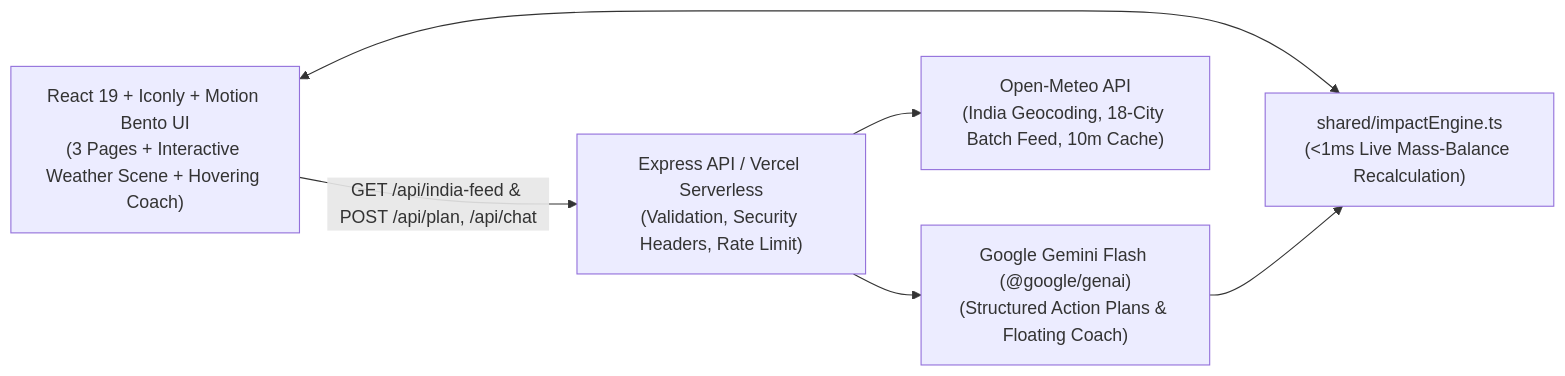
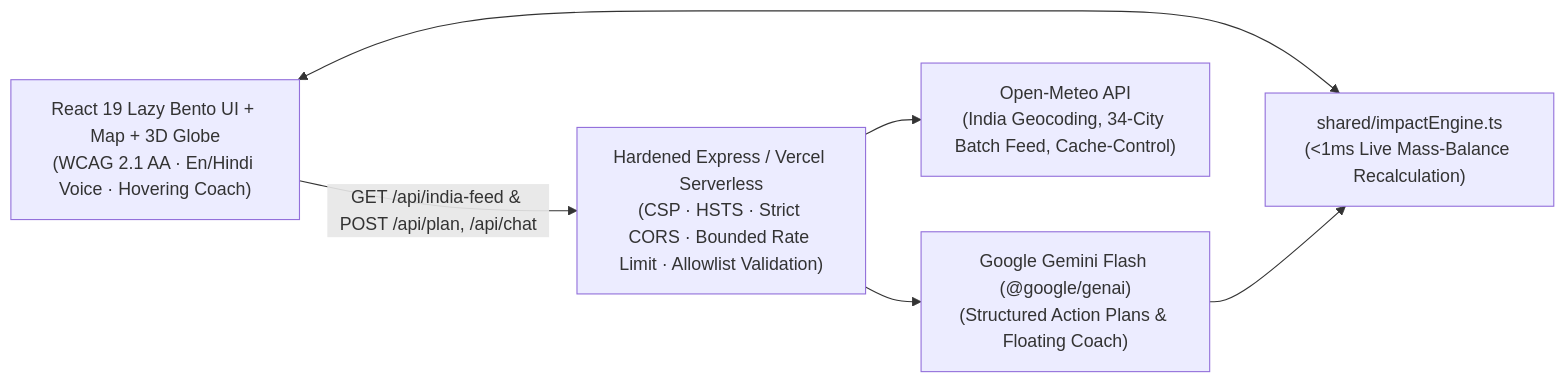
Before and after one commit to sachinn-alt/Airkin: the diagram in README.md, drawn with Mermaid. The commit also changed other lines of this file and 19 other files, not shown here.

Commit message:
Harden security, code-split chunks, add RTL/coverage/axe-core tests, and upgrade WCAG AA accessibility

````diff
--- a/README.md
+++ b/README.md
@@ -63,14 +63,14 @@
 ```mermaid
 flowchart LR
-    UI["React 19 + Iconly + Motion Bento UI<br/>(3 Pages + Interactive Weather Scene + Hovering Coach)"]
+    UI["React 19 Lazy Bento UI + Map + 3D Globe<br/>(WCAG 2.1 AA · En/Hindi Voice · Hovering Coach)"]
     Shared["shared/impactEngine.ts<br/>(&lt;1ms Live Mass-Balance Recalculation)"]
-    API["Express API / Vercel Serverless<br/>(Validation, Security Headers, Rate Limit)"]
-    Meteo["Open-Meteo API<br/>(India Geocoding, 18-City Batch Feed, 10m Cache)"]
+    API["Hardened Express / Vercel Serverless<br/>(CSP · HSTS · Strict CORS · Bounded Rate Limit · Allowlist Validation)"]
+    Meteo["Open-Meteo API<br/>(India Geocoding, 34-City Batch Feed, Cache-Control)"]
     Gemini["Google Gemini Flash (@google/genai)<br/>(Structured Action Plans &amp; Floating Coach)"]
 
     UI <--> Shared
     UI -->|GET /api/india-feed &amp; POST /api/plan, /api/chat| API
     API --> Meteo
     API --> Gemini
     Gemini --> Shared
 ```
````
